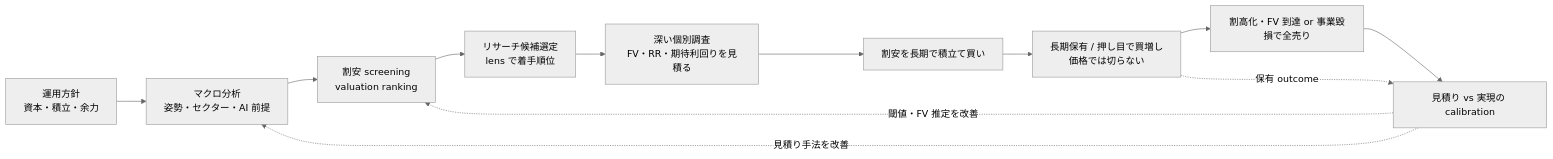
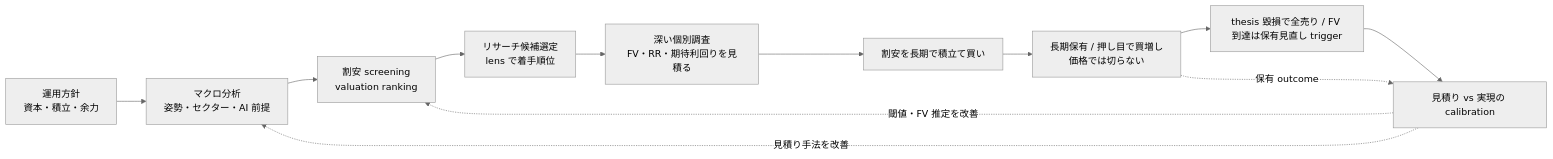
Before and after one commit to koumatsumoto/baibai-loop: the diagram in docs/doctrine.md, drawn with Mermaid (neutral theme). The commit also changed other lines of this file and 27 other files, not shown here.

````diff
--- a/docs/doctrine.md
+++ b/docs/doctrine.md
@@ -27,14 +27,14 @@
 ```mermaid
 flowchart LR
   policy["運用方針<br/>資本・積立・余力"] --> macro["マクロ分析<br/>姿勢・セクター・AI 前提"]
   macro --> screen["割安 screening<br/>valuation ranking"]
   screen --> select["リサーチ候補選定<br/>lens で着手順位"]
   select --> research["深い個別調査<br/>FV・RR・期待利回りを見積る"]
   research --> buy["割安を長期で積立て買い"]
   buy --> hold["長期保有 / 押し目で買増し<br/>価格では切らない"]
-  hold --> sell["割高化・FV 到達 or 事業毀損で全売り"]
+  hold --> sell["thesis 毀損で全売り / FV 到達は保有見直し trigger"]
   sell --> calib["見積り vs 実現の calibration"]
   hold -.保有 outcome.-> calib
   calib -.見積り手法を改善.-> macro
   calib -.閾値・FV 推定を改善.-> screen
 ```
````
